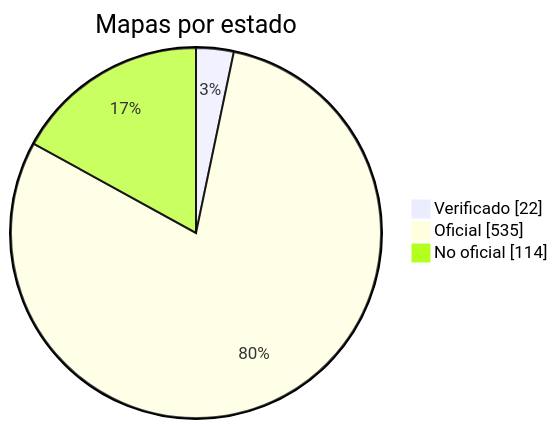
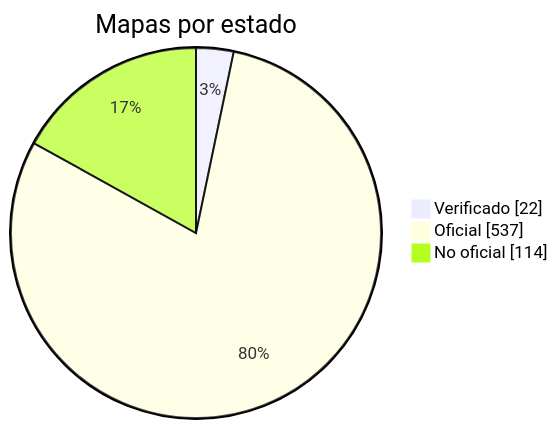
One commit to nobrega8/mbmap-library changed the diagram in docs/readme/README_ES.md. Above: the diagram before and after it, drawn with Mermaid. The commit also changed 7 other files, not shown here.

````diff
--- a/docs/readme/README_ES.md
+++ b/docs/readme/README_ES.md
@@ -54,7 +54,7 @@
 ```mermaid
 pie showData
     title Mapas por estado
     "Verificado" : 22
-    "Oficial" : 535
+    "Oficial" : 537
     "No oficial" : 114
 ```
````
